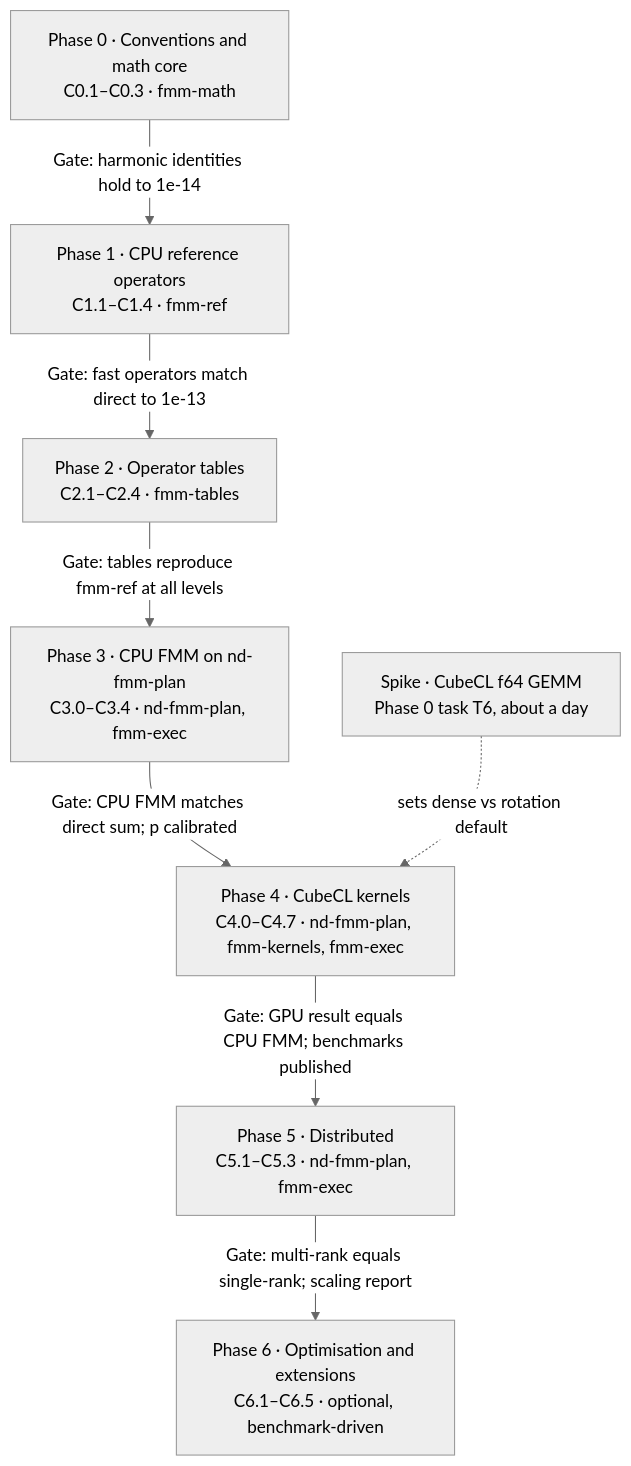
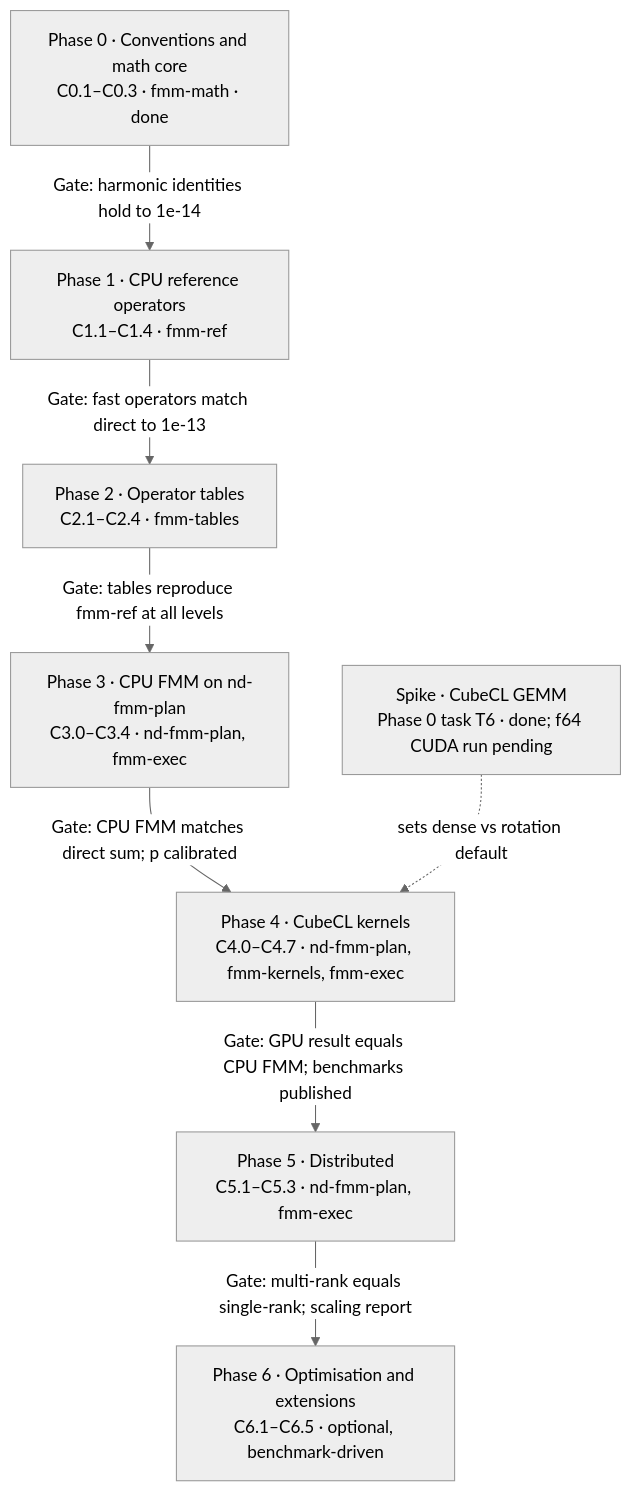
Before and after one commit to tbetcke/fmm: the second of 2 diagrams in docs/design/laplace-fmm-plan.md, drawn with Mermaid (neutral theme). The commit also changed other lines of this file and 2 other files, not shown here.

````diff
--- a/docs/design/laplace-fmm-plan.md
+++ b/docs/design/laplace-fmm-plan.md
@@ -522,18 +634,18 @@
 ```mermaid
 flowchart TB
-  P0["Phase 0 · Conventions and math core<br/>C0.1–C0.3 · fmm-math"]
+  P0["Phase 0 · Conventions and math core<br/>C0.1–C0.3 · fmm-math · done"]
   P1["Phase 1 · CPU reference operators<br/>C1.1–C1.4 · fmm-ref"]
   P2["Phase 2 · Operator tables<br/>C2.1–C2.4 · fmm-tables"]
   P3["Phase 3 · CPU FMM on nd-fmm-plan<br/>C3.0–C3.4 · nd-fmm-plan, fmm-exec"]
   P4["Phase 4 · CubeCL kernels<br/>C4.0–C4.7 · nd-fmm-plan, fmm-kernels, fmm-exec"]
   P5["Phase 5 · Distributed<br/>C5.1–C5.3 · nd-fmm-plan, fmm-exec"]
   P6["Phase 6 · Optimisation and extensions<br/>C6.1–C6.5 · optional, benchmark-driven"]
-  S["Spike · CubeCL f64 GEMM<br/>Phase 0 task T6, about a day"]
+  S["Spike · CubeCL GEMM<br/>Phase 0 task T6 · done; f64 CUDA run pending"]
   P0 -- "Gate: harmonic identities hold to 1e-14" --> P1
   P1 -- "Gate: fast operators match direct to 1e-13" --> P2
   P2 -- "Gate: tables reproduce fmm-ref at all levels" --> P3
   P3 -- "Gate: CPU FMM matches direct sum; p calibrated" --> P4
   P4 -- "Gate: GPU result equals CPU FMM; benchmarks published" --> P5
   P5 -- "Gate: multi-rank equals single-rank; scaling report" --> P6
   S -. "sets dense vs rotation default" .-> P4
 ```
````
